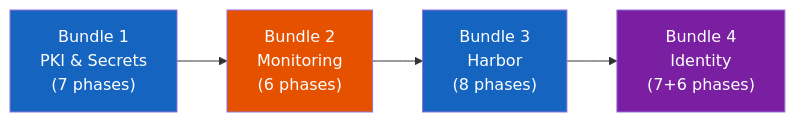
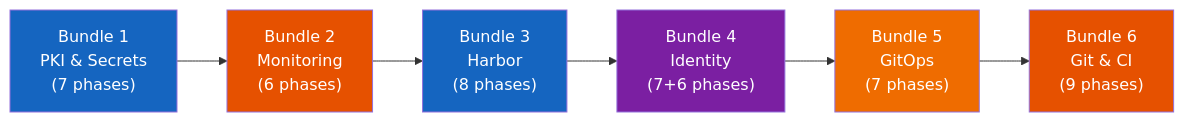
One commit to derhornspieler/harvester-rke2-svcs changed diagram 14 of 16 in docs/architecture.md. Above: the diagram before and after it, drawn with Mermaid. The commit also changed other lines of this file and 2 other files, not shown here.

````diff
--- a/docs/architecture.md
+++ b/docs/architecture.md
@@ -472,14 +734,18 @@
 ```mermaid
 flowchart LR
     B1["Bundle 1<br/>PKI &amp; Secrets<br/>(7 phases)"]
     B2["Bundle 2<br/>Monitoring<br/>(6 phases)"]
     B3["Bundle 3<br/>Harbor<br/>(8 phases)"]
     B4["Bundle 4<br/>Identity<br/>(7+6 phases)"]
+    B5["Bundle 5<br/>GitOps<br/>(7 phases)"]
+    B6["Bundle 6<br/>Git &amp; CI<br/>(9 phases)"]
 
-    B1 --> B2 --> B3 --> B4
+    B1 --> B2 --> B3 --> B4 --> B5 --> B6
 
     style B1 fill:#1565c0,color:#fff
     style B2 fill:#e65100,color:#fff
     style B3 fill:#1565c0,color:#fff
     style B4 fill:#7b1fa2,color:#fff
+    style B5 fill:#ef6c00,color:#fff
+    style B6 fill:#e65100,color:#fff
 ```
````
